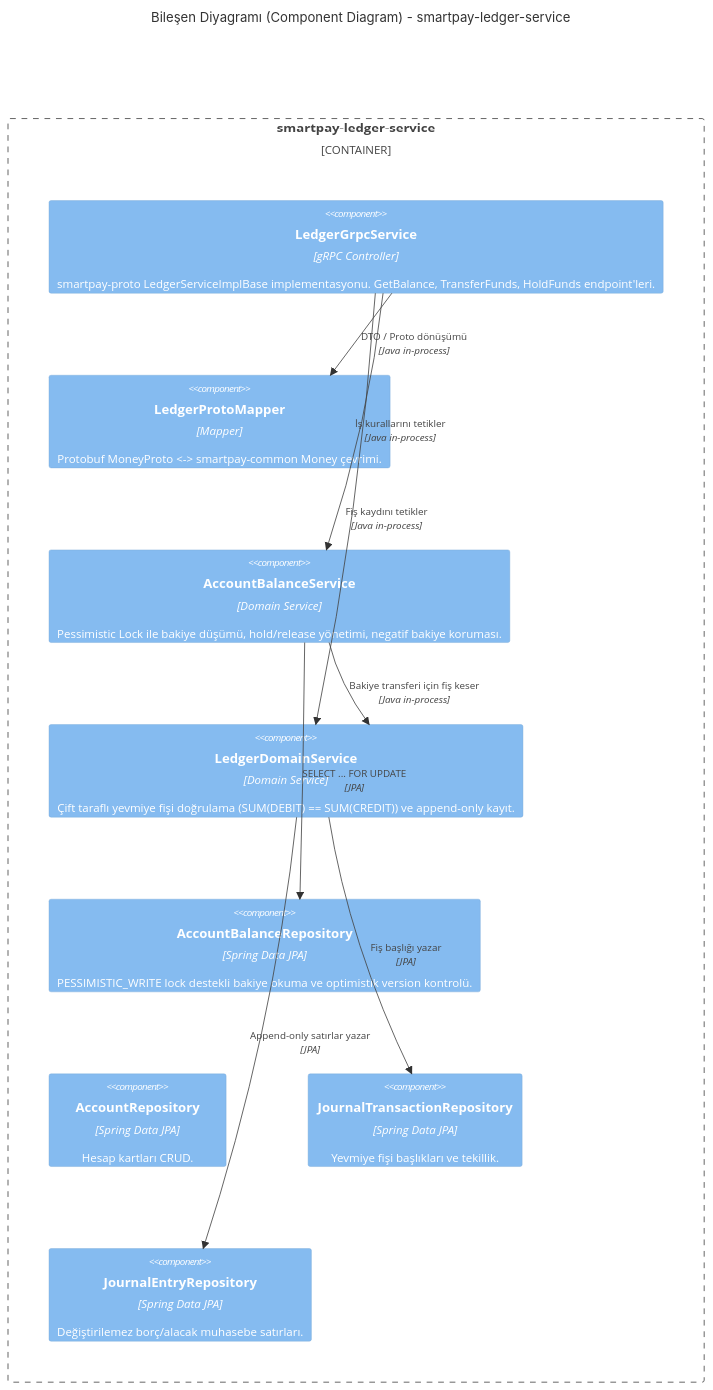
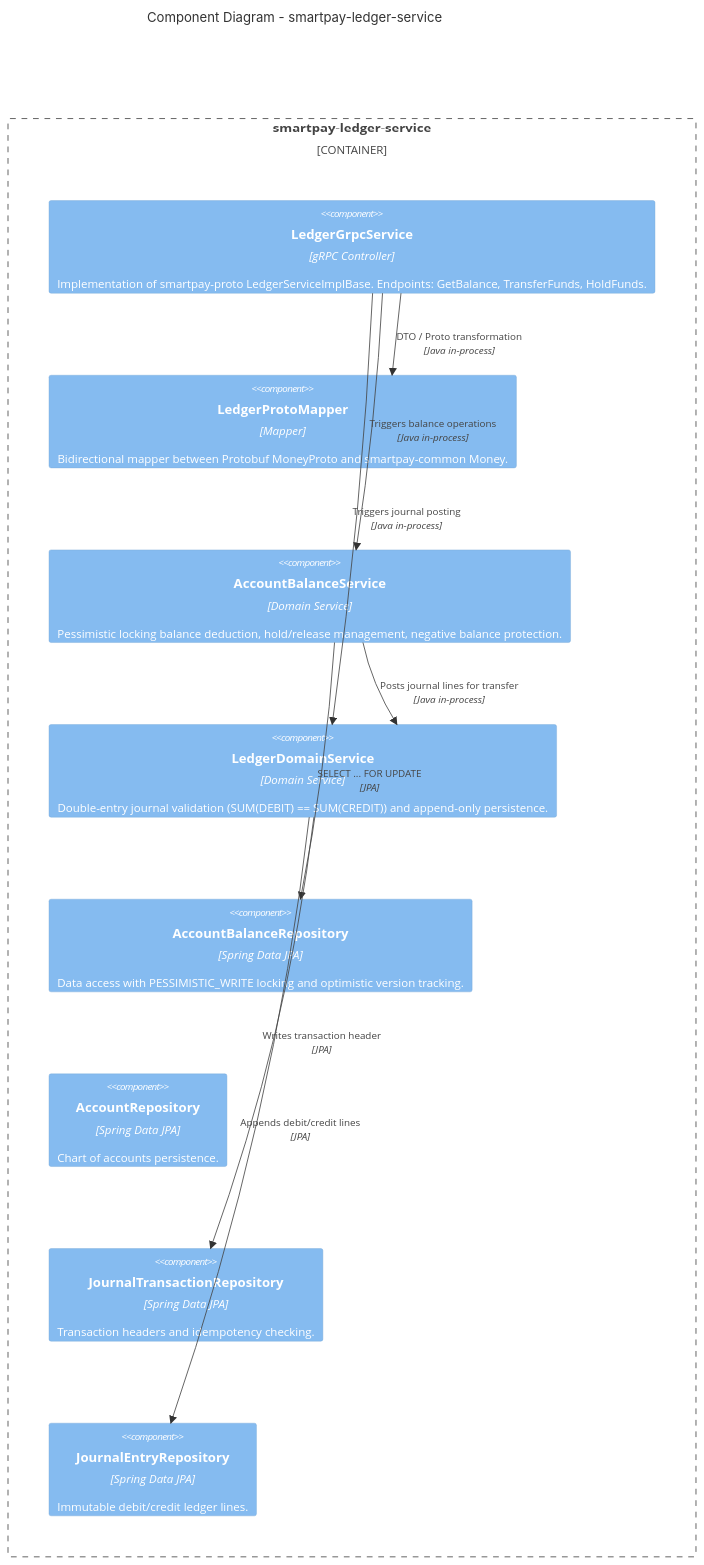
The third of 4 diagrams in docs/architecture/c4-architecture-models.md (netologist/smartpay-system), drawn with Mermaid before and after one commit. The commit also changed other lines of this file and 22 other files, not shown here.

Commit message:
docs: translate all architecture docs, ADRs, story cards, and README to English

````diff
--- a/docs/architecture/c4-architecture-models.md
+++ b/docs/architecture/c4-architecture-models.md
@@ -91,25 +91,25 @@
 ```mermaid
 C4Component
-    title Bileşen Diyagramı (Component Diagram) - smartpay-ledger-service
+    title Component Diagram - smartpay-ledger-service
 
     Container_Boundary(ledgerBoundary, "smartpay-ledger-service") {
-        Component(ledgerGrpc, "LedgerGrpcService", "gRPC Controller", "smartpay-proto LedgerServiceImplBase implementasyonu. GetBalance, TransferFunds, HoldFunds endpoint'leri.")
-        Component(protoMapper, "LedgerProtoMapper", "Mapper", "Protobuf MoneyProto <-> smartpay-common Money çevrimi.")
-        Component(balanceService, "AccountBalanceService", "Domain Service", "Pessimistic Lock ile bakiye düşümü, hold/release yönetimi, negatif bakiye koruması.")
-        Component(ledgerEngine, "LedgerDomainService", "Domain Service", "Çift taraflı yevmiye fişi doğrulama (SUM(DEBIT) == SUM(CREDIT)) ve append-only kayıt.")
-        Component(balanceRepo, "AccountBalanceRepository", "Spring Data JPA", "PESSIMISTIC_WRITE lock destekli bakiye okuma ve optimistik version kontrolü.")
-        Component(accountRepo, "AccountRepository", "Spring Data JPA", "Hesap kartları CRUD.")
-        Component(txRepo, "JournalTransactionRepository", "Spring Data JPA", "Yevmiye fişi başlıkları ve tekillik.")
-        Component(entryRepo, "JournalEntryRepository", "Spring Data JPA", "Değiştirilemez borç/alacak muhasebe satırları.")
+        Component(ledgerGrpc, "LedgerGrpcService", "gRPC Controller", "Implementation of smartpay-proto LedgerServiceImplBase. Endpoints: GetBalance, TransferFunds, HoldFunds.")
+        Component(protoMapper, "LedgerProtoMapper", "Mapper", "Bidirectional mapper between Protobuf MoneyProto and smartpay-common Money.")
+        Component(balanceService, "AccountBalanceService", "Domain Service", "Pessimistic locking balance deduction, hold/release management, negative balance protection.")
+        Component(ledgerEngine, "LedgerDomainService", "Domain Service", "Double-entry journal validation (SUM(DEBIT) == SUM(CREDIT)) and append-only persistence.")
+        Component(balanceRepo, "AccountBalanceRepository", "Spring Data JPA", "Data access with PESSIMISTIC_WRITE locking and optimistic version tracking.")
+        Component(accountRepo, "AccountRepository", "Spring Data JPA", "Chart of accounts persistence.")
+        Component(txRepo, "JournalTransactionRepository", "Spring Data JPA", "Transaction headers and idempotency checking.")
+        Component(entryRepo, "JournalEntryRepository", "Spring Data JPA", "Immutable debit/credit ledger lines.")
     }
 
-    Rel(ledgerGrpc, protoMapper, "DTO / Proto dönüşümü", "Java in-process")
-    Rel(ledgerGrpc, balanceService, "İş kurallarını tetikler", "Java in-process")
-    Rel(ledgerGrpc, ledgerEngine, "Fiş kaydını tetikler", "Java in-process")
+    Rel(ledgerGrpc, protoMapper, "DTO / Proto transformation", "Java in-process")
+    Rel(ledgerGrpc, balanceService, "Triggers balance operations", "Java in-process")
+    Rel(ledgerGrpc, ledgerEngine, "Triggers journal posting", "Java in-process")
 
     Rel(balanceService, balanceRepo, "SELECT ... FOR UPDATE", "JPA")
-    Rel(balanceService, ledgerEngine, "Bakiye transferi için fiş keser", "Java in-process")
+    Rel(balanceService, ledgerEngine, "Posts journal lines for transfer", "Java in-process")
 
-    Rel(ledgerEngine, txRepo, "Fiş başlığı yazar", "JPA")
-    Rel(ledgerEngine, entryRepo, "Append-only satırlar yazar", "JPA")
+    Rel(ledgerEngine, txRepo, "Writes transaction header", "JPA")
+    Rel(ledgerEngine, entryRepo, "Appends debit/credit lines", "JPA")
 ```
````
